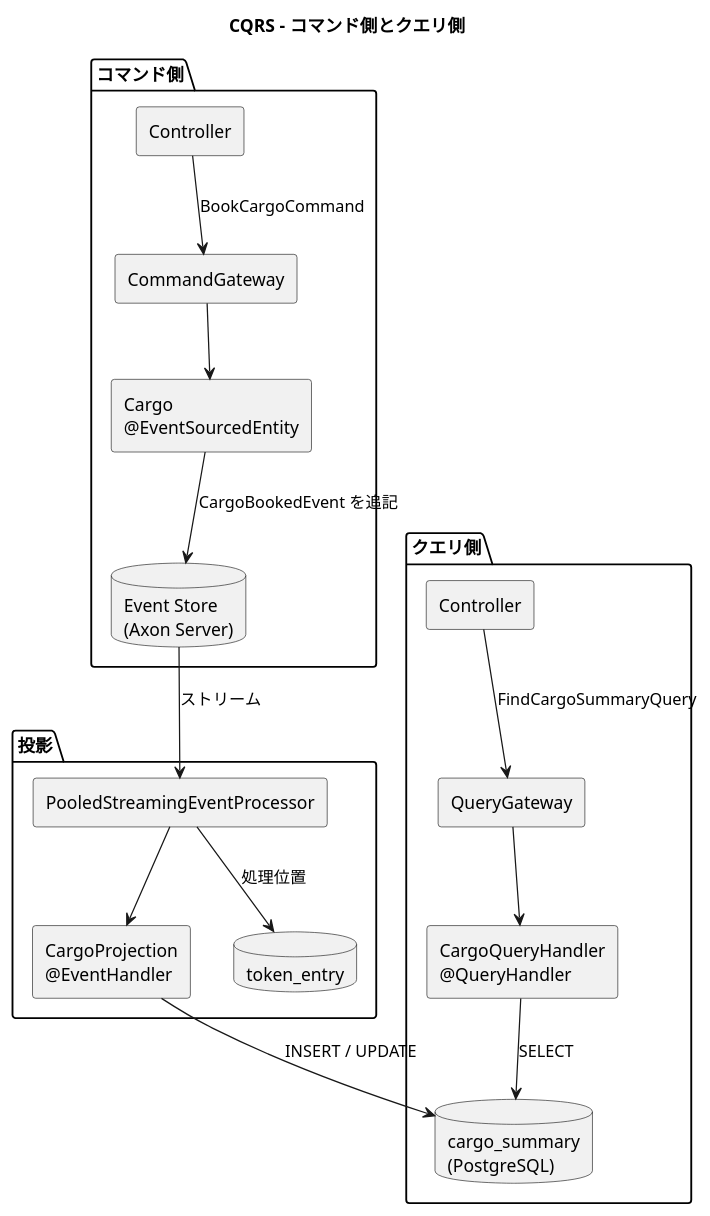
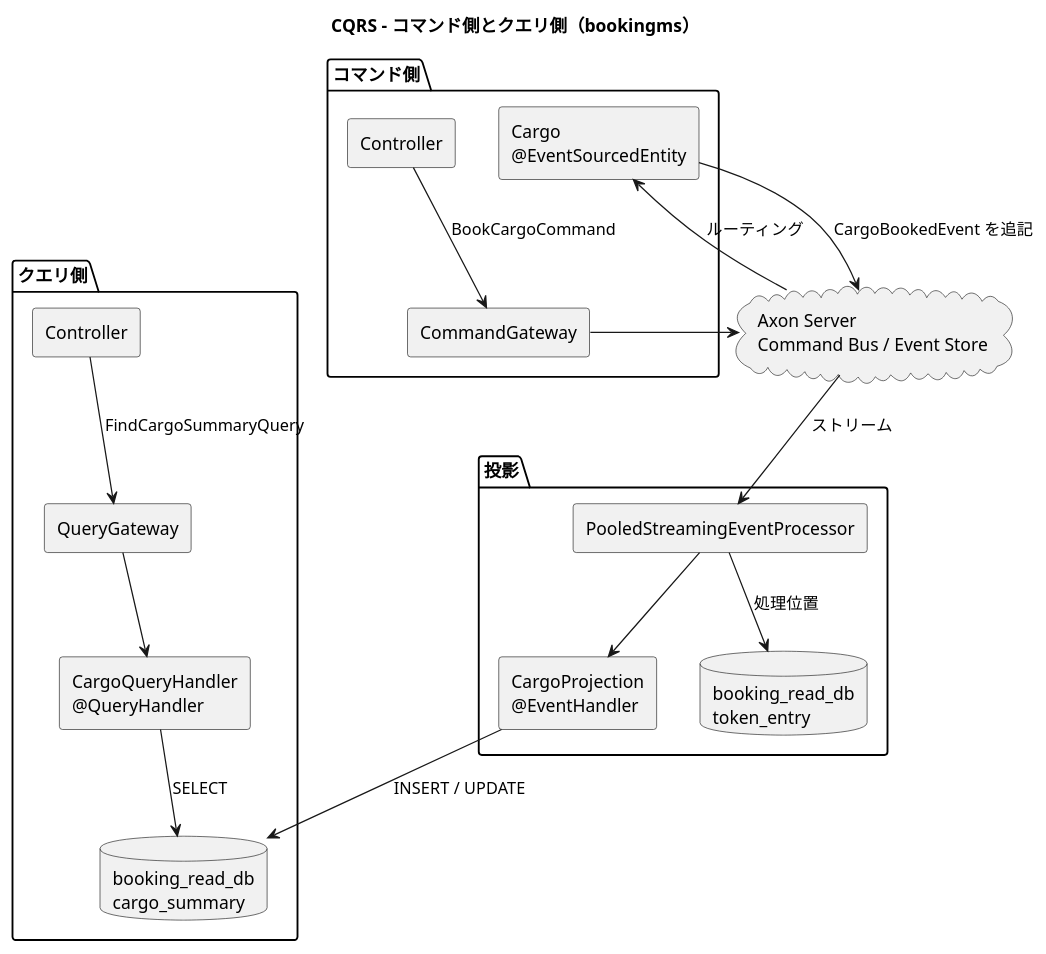
Before and after one commit to k2works/case-study-cargo-tracker: the fourth of 5 diagrams in docs/design/cargo-tracker/architecture_backend.md, drawn with PlantUML. The commit also changed other lines of this file and 7 other files, not shown here.

First line of the commit message:
docs(design): バックエンドをマイクロサービス構成に改訂（Axon 5 CQRS/ES）

````diff
--- a/docs/design/cargo-tracker/architecture_backend.md
+++ b/docs/design/cargo-tracker/architecture_backend.md
@@ -319,38 +356,40 @@
 ```plantuml
 @startuml
-title CQRS - コマンド側とクエリ側
+title CQRS - コマンド側とクエリ側（bookingms）
 
 skinparam componentStyle rectangle
 
 package "コマンド側" {
   [Controller] as c1
   [CommandGateway] as cg
   [Cargo\n@EventSourcedEntity] as agg
-  database "Event Store\n(Axon Server)" as es
 }
+
+cloud "Axon Server\nCommand Bus / Event Store" as es
 
 package "クエリ側" {
   [Controller] as c2
   [QueryGateway] as qg
   [CargoQueryHandler\n@QueryHandler] as qh
-  database "cargo_summary\n(PostgreSQL)" as rm
+  database "booking_read_db\ncargo_summary" as rm
 }
 
 package "投影" {
   [CargoProjection\n@EventHandler] as proj
   [PooledStreamingEventProcessor] as pep
-  database "token_entry" as tok
+  database "booking_read_db\ntoken_entry" as tok
 }
 
 c1 --> cg : BookCargoCommand
-cg --> agg
+cg --> es
+es --> agg : ルーティング
 agg --> es : CargoBookedEvent を追記
 es --> pep : ストリーム
 pep --> proj
 proj --> rm : INSERT / UPDATE
 pep --> tok : 処理位置
 c2 --> qg : FindCargoSummaryQuery
 qg --> qh
 qh --> rm : SELECT
 @enduml
 ```
````
